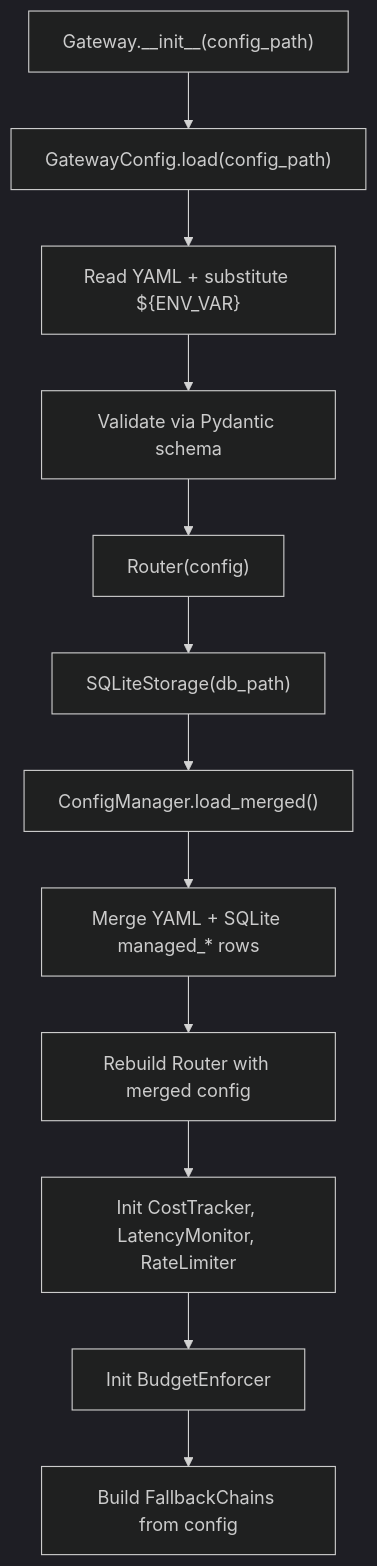
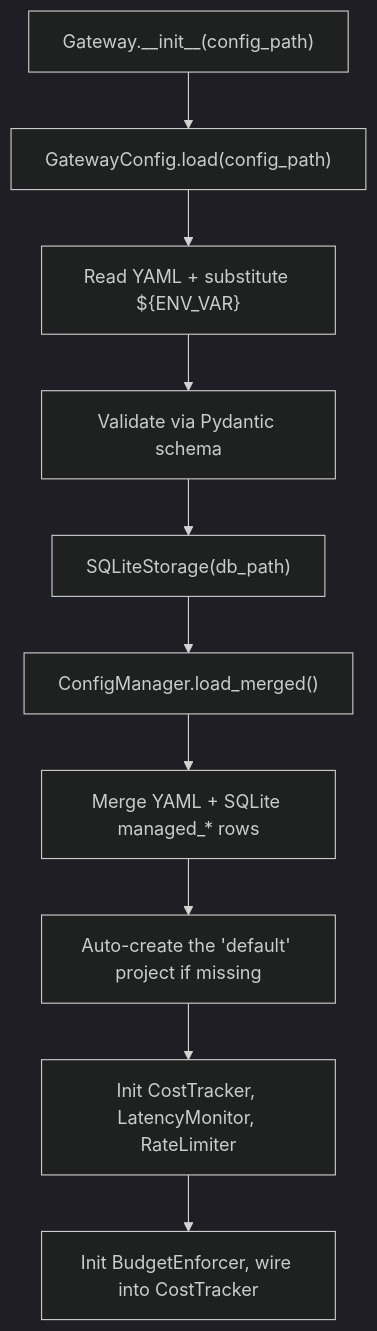
Before and after one commit to mahimailabs/voicegateway: the diagram in docs/architecture/gateway-core.md, drawn with Mermaid (dark theme). The commit also changed other lines of this file and 41 other files, not shown here.

````diff
--- a/docs/architecture/gateway-core.md
+++ b/docs/architecture/gateway-core.md
@@ -32,14 +33,12 @@
 ```mermaid
 graph TD
     A["Gateway.__init__(config_path)"] --> B["GatewayConfig.load(config_path)"]
     B --> C["Read YAML + substitute ${ENV_VAR}"]
     C --> D["Validate via Pydantic schema"]
-    D --> E["Router(config)"]
-    E --> F["SQLiteStorage(db_path)"]
+    D --> F["SQLiteStorage(db_path)"]
     F --> G["ConfigManager.load_merged()"]
     G --> H["Merge YAML + SQLite managed_* rows"]
-    H --> I["Rebuild Router with merged config"]
+    H --> I["Auto-create the 'default' project if missing"]
     I --> J["Init CostTracker, LatencyMonitor, RateLimiter"]
-    J --> K["Init BudgetEnforcer"]
-    K --> L["Build FallbackChains from config"]
+    J --> K["Init BudgetEnforcer, wire into CostTracker"]
 ```
````
